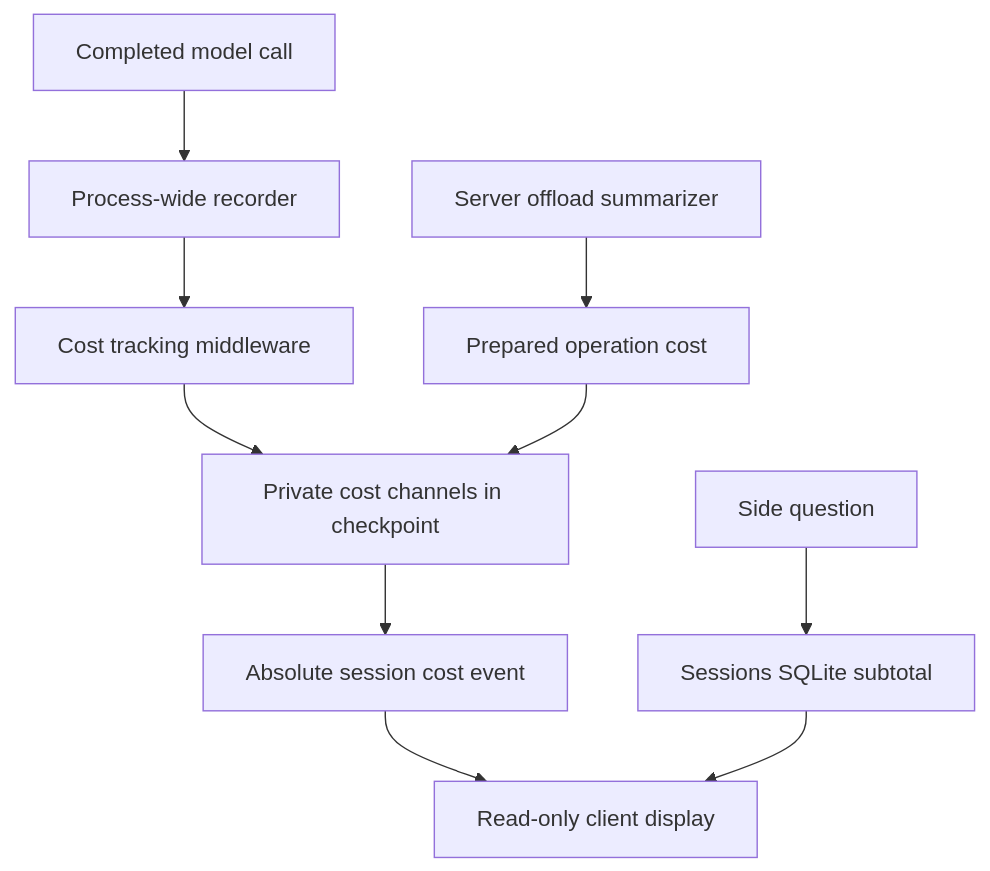
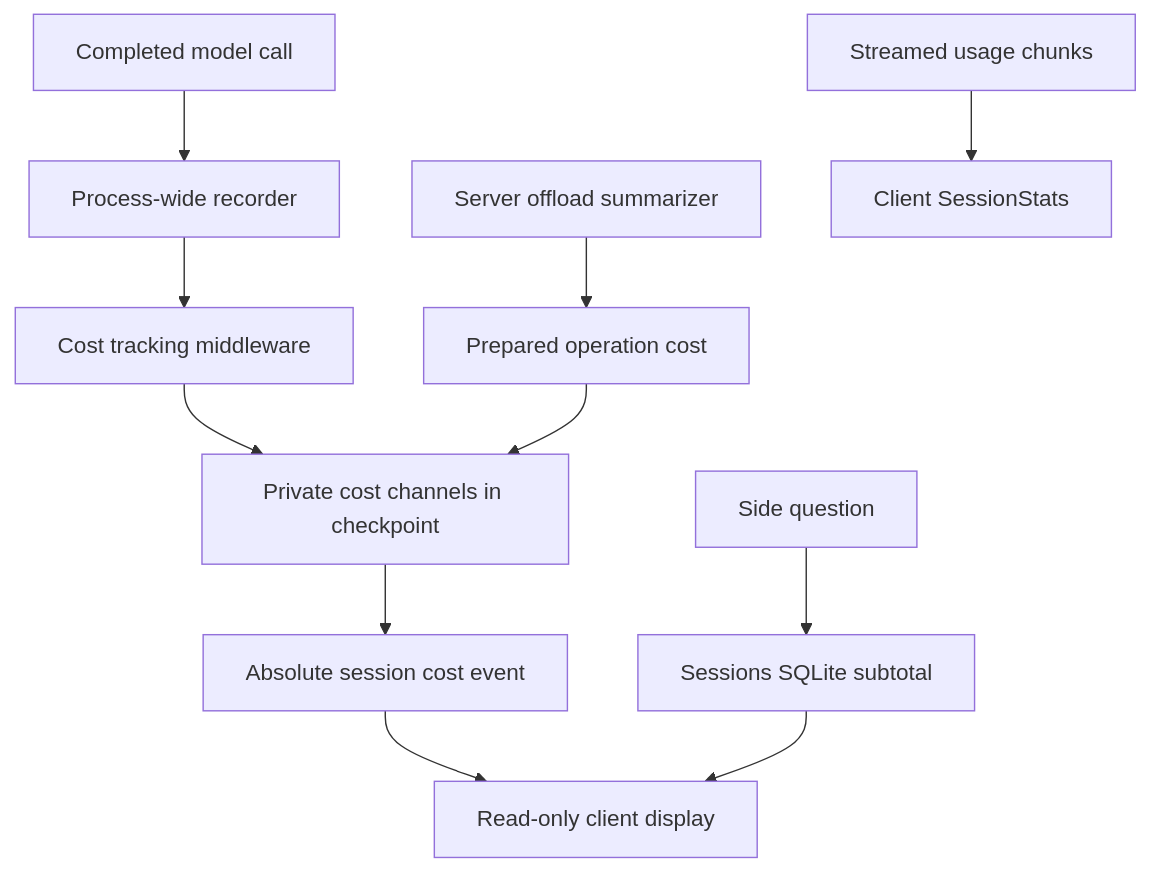
Before and after one commit to langchain-ai/deepagents: the first of 4 diagrams in openwiki/operations/cost-and-sessions.md, drawn with Mermaid. The commit also changed other lines of this file and 39 other files, not shown here.

````diff
--- a/openwiki/operations/cost-and-sessions.md
+++ b/openwiki/operations/cost-and-sessions.md
@@ -47,12 +55,13 @@
 ```mermaid
 flowchart TD
     Call["Completed model call"] --> Recorder["Process-wide recorder"]
     Recorder --> Middleware["Cost tracking middleware"]
     Middleware --> Checkpoint["Private cost channels in checkpoint"]
     Operation["Server offload summarizer"] --> Prepared["Prepared operation cost"]
     Prepared --> Checkpoint
     Checkpoint --> Stream["Absolute session cost event"]
     Stream --> Client["Read-only client display"]
+    LocalUsage["Streamed usage chunks"] --> Stats["Client SessionStats"]
     Side["Side question"] --> SideDB["Sessions SQLite subtotal"]
     SideDB --> Client
 ```
````
